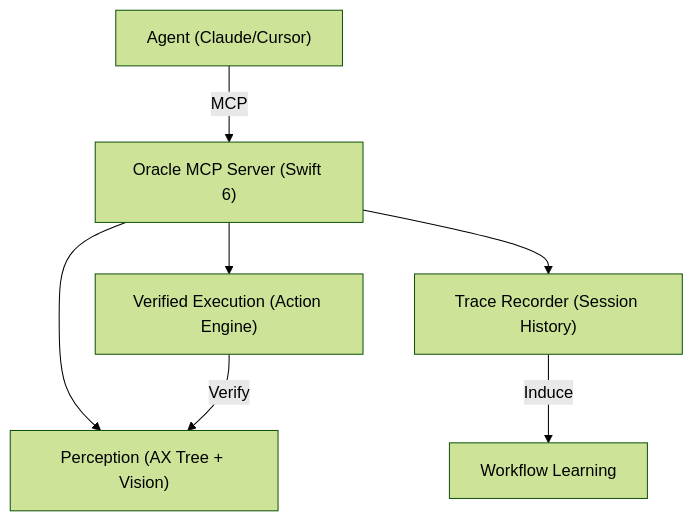
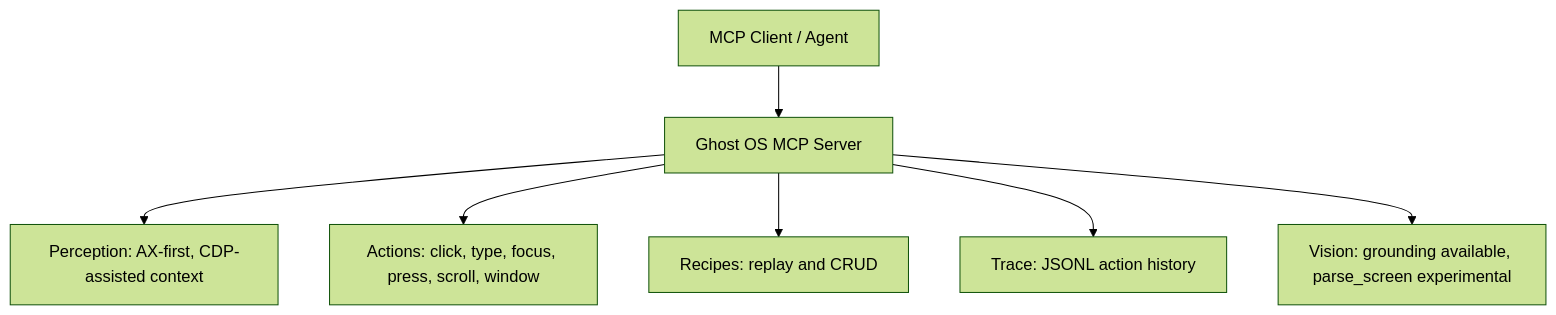
The diagram in README.md (dawsonblock/Oracle-OS), drawn with Mermaid (forest theme) before and after one commit. The commit also changed other lines of this file and 7 other files, not shown here.

````diff
--- a/README.md
+++ b/README.md
@@ -73,9 +18,9 @@
 ```mermaid
 graph TD
-    User["Agent (Claude/Cursor)"] -->|MCP| Server["Oracle MCP Server (Swift 6)"]
-    Server --> Perception["Perception (AX Tree + Vision)"]
-    Server --> Execution["Verified Execution (Action Engine)"]
-    Server --> Traces["Trace Recorder (Session History)"]
-    Execution -->|Verify| Perception
-    Traces -->|Induce| Learning["Workflow Learning"]
+    Agent["MCP Client / Agent"] --> Server["Ghost OS MCP Server"]
+    Server --> Perception["Perception: AX-first, CDP-assisted context"]
+    Server --> Actions["Actions: click, type, focus, press, scroll, window"]
+    Server --> Recipes["Recipes: replay and CRUD"]
+    Server --> Trace["Trace: JSONL action history"]
+    Server --> Vision["Vision: grounding available, parse_screen experimental"]
 ```
````
